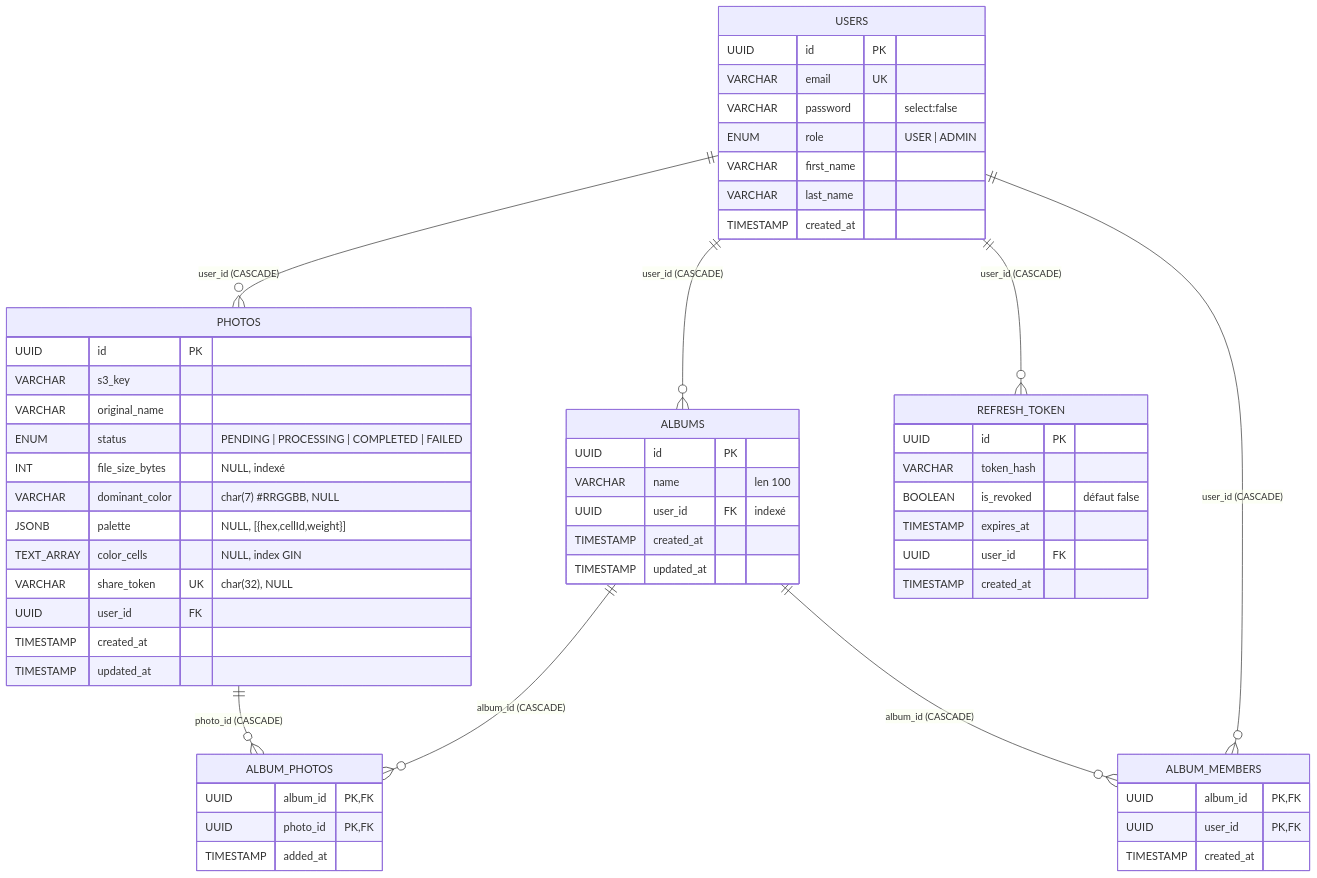
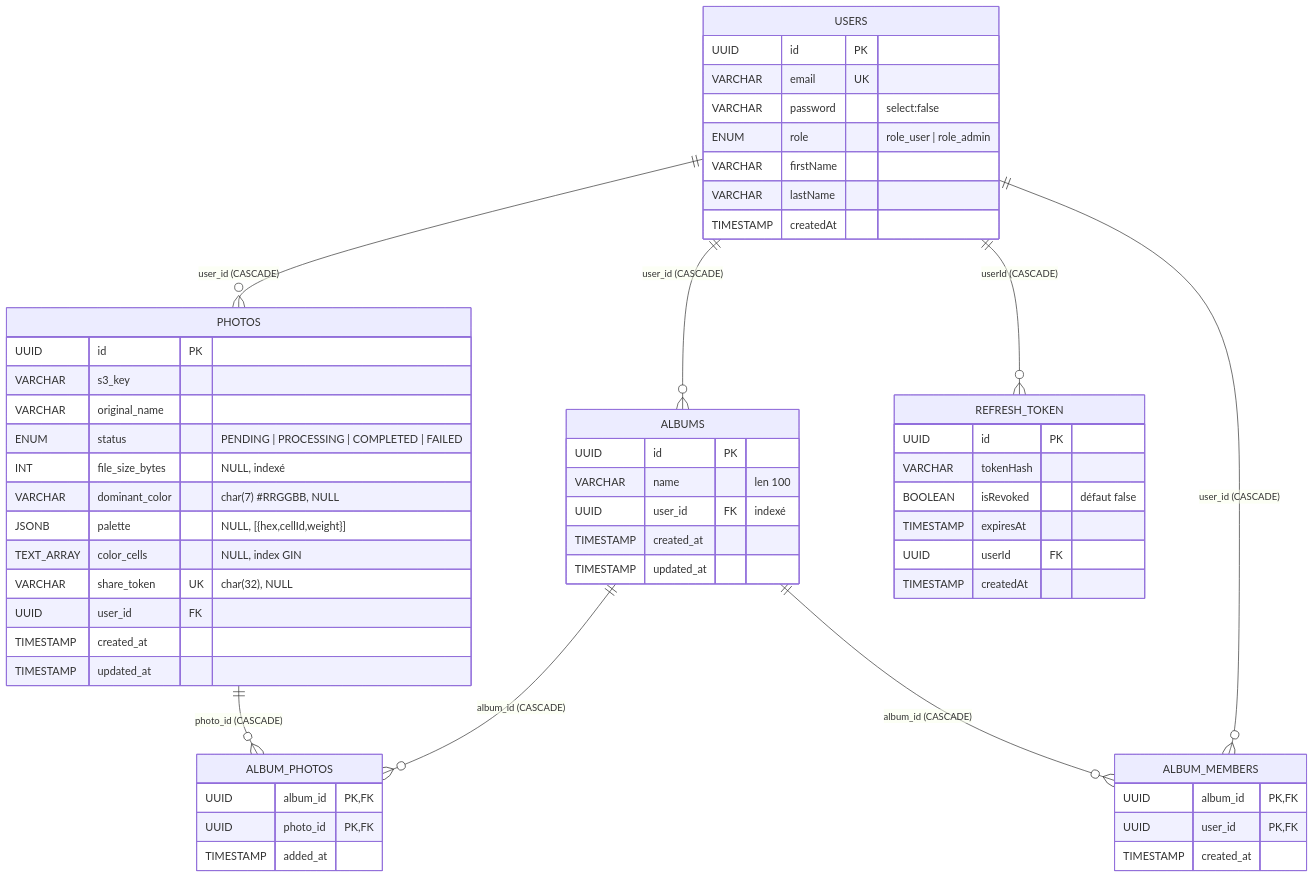
The second of 3 diagrams in docs/modelisation-donnees.md (TonyMascate/fil_rouge_plateforme), drawn with Mermaid before and after one commit. The commit also changed other lines of this file and 6 other files, not shown here.

````diff
--- a/docs/modelisation-donnees.md
+++ b/docs/modelisation-donnees.md
@@ -107,59 +134,59 @@
 ```mermaid
 erDiagram
     USERS {
         UUID id PK
         VARCHAR email UK
         VARCHAR password "select:false"
-        ENUM role "USER | ADMIN"
-        VARCHAR first_name
-        VARCHAR last_name
-        TIMESTAMP created_at
+        ENUM role "role_user | role_admin"
+        VARCHAR firstName
+        VARCHAR lastName
+        TIMESTAMP createdAt
     }
     PHOTOS {
         UUID id PK
         VARCHAR s3_key
         VARCHAR original_name
         ENUM status "PENDING | PROCESSING | COMPLETED | FAILED"
         INT file_size_bytes "NULL, indexé"
         VARCHAR dominant_color "char(7) #RRGGBB, NULL"
         JSONB palette "NULL, [{hex,cellId,weight}]"
         TEXT_ARRAY color_cells "NULL, index GIN"
         VARCHAR share_token UK "char(32), NULL"
         UUID user_id FK
         TIMESTAMP created_at
         TIMESTAMP updated_at
     }
     ALBUMS {
         UUID id PK
         VARCHAR name "len 100"
         UUID user_id FK "indexé"
         TIMESTAMP created_at
         TIMESTAMP updated_at
     }
     ALBUM_PHOTOS {
         UUID album_id PK, FK
         UUID photo_id PK, FK
         TIMESTAMP added_at
     }
     ALBUM_MEMBERS {
         UUID album_id PK, FK
         UUID user_id PK, FK
         TIMESTAMP created_at
     }
     REFRESH_TOKEN {
         UUID id PK
-        VARCHAR token_hash
-        BOOLEAN is_revoked "défaut false"
-        TIMESTAMP expires_at
-        UUID user_id FK
-        TIMESTAMP created_at
+        VARCHAR tokenHash
+        BOOLEAN isRevoked "défaut false"
+        TIMESTAMP expiresAt
+        UUID userId FK
+        TIMESTAMP createdAt
     }
 
     USERS  ||--o{ PHOTOS        : "user_id (CASCADE)"
     USERS  ||--o{ ALBUMS        : "user_id (CASCADE)"
-    USERS  ||--o{ REFRESH_TOKEN : "user_id (CASCADE)"
+    USERS  ||--o{ REFRESH_TOKEN : "userId (CASCADE)"
     ALBUMS ||--o{ ALBUM_PHOTOS  : "album_id (CASCADE)"
     PHOTOS ||--o{ ALBUM_PHOTOS  : "photo_id (CASCADE)"
     ALBUMS ||--o{ ALBUM_MEMBERS : "album_id (CASCADE)"
     USERS  ||--o{ ALBUM_MEMBERS : "user_id (CASCADE)"
 ```
````
